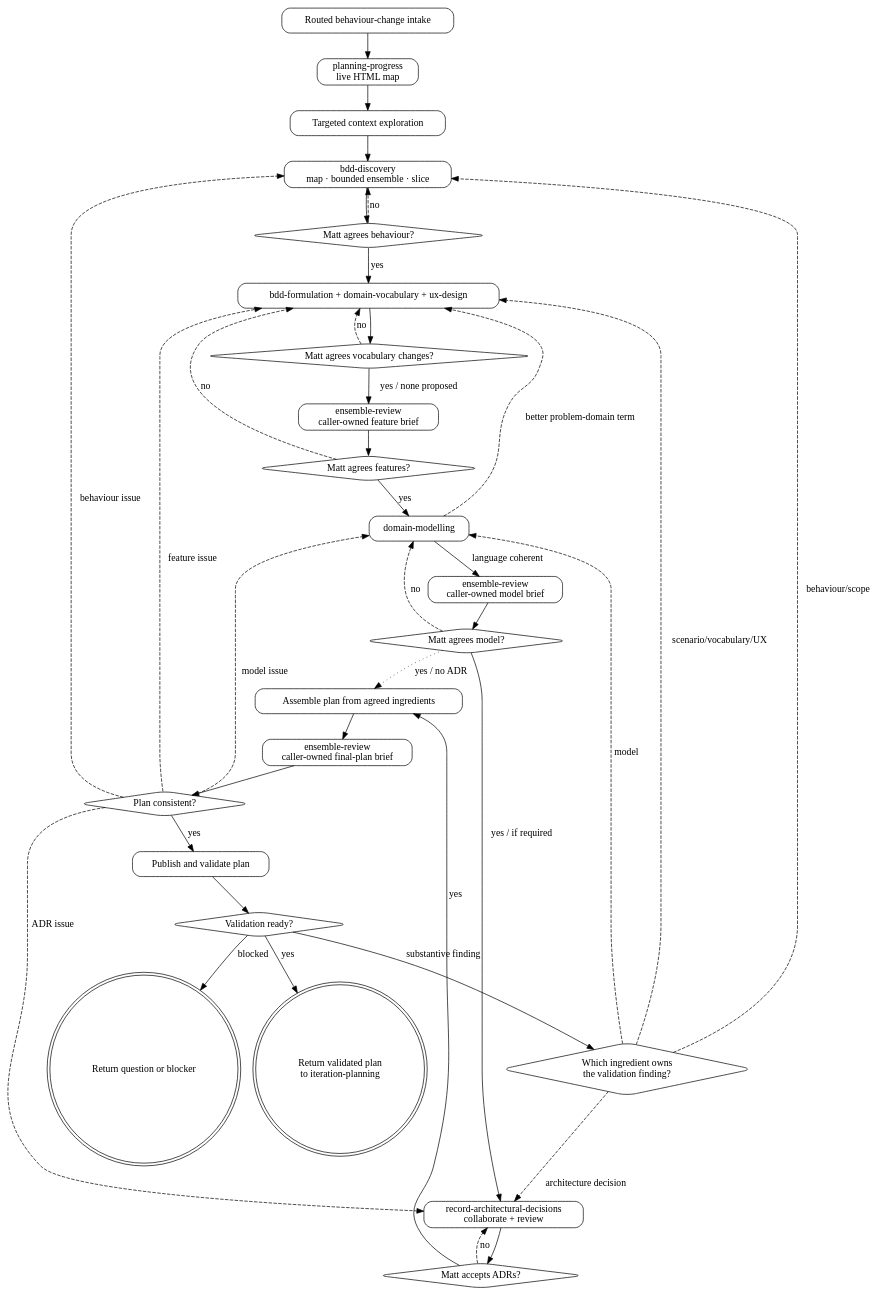
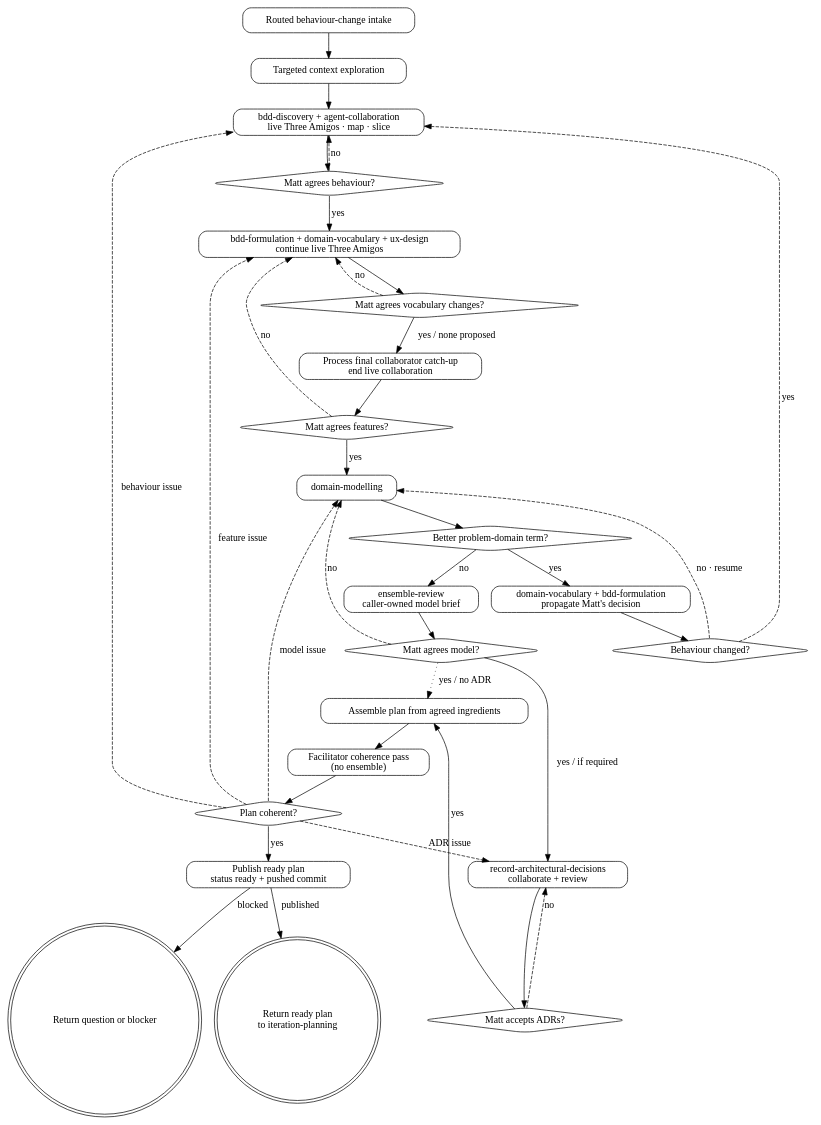
Before and after one commit to mattwynne/memba: the diagram in .pi/skills/behaviour-iteration-planning/SKILL.md, drawn with Graphviz. The commit also changed other lines of this file and 13 other files, not shown here.

Commit message:
Simplify collaborative iteration planning

````diff
--- a/.pi/skills/behaviour-iteration-planning/SKILL.md
+++ b/.pi/skills/behaviour-iteration-planning/SKILL.md
@@ -67,62 +50,60 @@
 ```dot
 digraph behaviour_iteration_planning {
   rankdir=TB;
   node [shape=box, style="rounded"];
 
   intake [label="Routed behaviour-change intake"];
-  progress [label="planning-progress\nlive HTML map"];
   context [label="Targeted context exploration"];
-  map [label="bdd-discovery\nmap · bounded ensemble · slice"];
+  map [label="bdd-discovery + agent-collaboration\nlive Three Amigos · map · slice"];
   behaviour [shape=diamond, label="Matt agrees behaviour?"];
-  formulate [label="bdd-formulation + domain-vocabulary + ux-design"];
+  formulate [label="bdd-formulation + domain-vocabulary + ux-design\ncontinue live Three Amigos"];
   vocabulary [shape=diamond, label="Matt agrees vocabulary changes?"];
-  gherkin_review [label="ensemble-review\ncaller-owned feature brief"];
+  catchup [label="Process final collaborator catch-up\nend live collaboration"];
   features [shape=diamond, label="Matt agrees features?"];
   model [label="domain-modelling"];
+  model_language [shape=diamond, label="Better problem-domain term?"];
+  naming [label="domain-vocabulary + bdd-formulation\npropagate Matt's decision"];
+  naming_policy [shape=diamond, label="Behaviour changed?"];
   model_review [label="ensemble-review\ncaller-owned model brief"];
   model_agreed [shape=diamond, label="Matt agrees model?"];
   adr [label="record-architectural-decisions\ncollaborate + review"];
   adr_accept [shape=diamond, label="Matt accepts ADRs?"];
   assemble [label="Assemble plan from agreed ingredients"];
-  final_review [label="ensemble-review\ncaller-owned final-plan brief"];
-  consistent [shape=diamond, label="Plan consistent?"];
-  publish [label="Publish and validate plan"];
-  validated [shape=diamond, label="Validation ready?"];
-  validation_route [shape=diamond, label="Which ingredient owns\nthe validation finding?"];
-  result [shape=doublecircle, label="Return validated plan\nto iteration-planning"];
+  coherence [label="Facilitator coherence pass\n(no ensemble)"];
+  consistent [shape=diamond, label="Plan coherent?"];
+  publish [label="Publish ready plan\nstatus ready + pushed commit"];
+  result [shape=doublecircle, label="Return ready plan\nto iteration-planning"];
   blocker [shape=doublecircle, label="Return question or blocker"];
 
-  intake -> progress -> context -> map -> behaviour;
+  intake -> context -> map -> behaviour;
   behaviour -> map [label="no", style=dashed];
   behaviour -> formulate [label="yes"];
   formulate -> vocabulary;
   vocabulary -> formulate [label="no", style=dashed];
-  vocabulary -> gherkin_review [label="yes / none proposed"];
-  gherkin_review -> features;
+  vocabulary -> catchup [label="yes / none proposed"];
+  catchup -> features;
   features -> formulate [label="no", style=dashed];
   features -> model [label="yes"];
-  model -> formulate [label="better problem-domain term", style=dashed];
-  model -> model_review [label="language coherent"];
+  model -> model_language;
+  model_language -> naming [label="yes"];
+  model_language -> model_review [label="no"];
+  naming -> naming_policy;
+  naming_policy -> map [label="yes", style=dashed];
+  naming_policy -> model [label="no · resume", style=dashed];
   model_review -> model_agreed;
   model_agreed -> model [label="no", style=dashed];
   model_agreed -> adr [label="yes / if required"];
   adr -> adr_accept;
   adr_accept -> adr [label="no", style=dashed];
   adr_accept -> assemble [label="yes"];
   model_agreed -> assemble [label="yes / no ADR", style=dotted];
-  assemble -> final_review -> consistent;
+  assemble -> coherence -> consistent;
   consistent -> publish [label="yes"];
   consistent -> map [label="behaviour issue", style=dashed];
   consistent -> formulate [label="feature issue", style=dashed];
   consistent -> model [label="model issue", style=dashed];
   consistent -> adr [label="ADR issue", style=dashed];
-  publish -> validated;
-  validated -> result [label="yes"];
-  validated -> blocker [label="blocked"];
-  validated -> validation_route [label="substantive finding"];
-  validation_route -> map [label="behaviour/scope", style=dashed];
-  validation_route -> formulate [label="scenario/vocabulary/UX", style=dashed];
-  validation_route -> model [label="model", style=dashed];
-  validation_route -> adr [label="architecture decision", style=dashed];
+  publish -> result [label="published"];
+  publish -> blocker [label="blocked"];
 }
 ```
````
